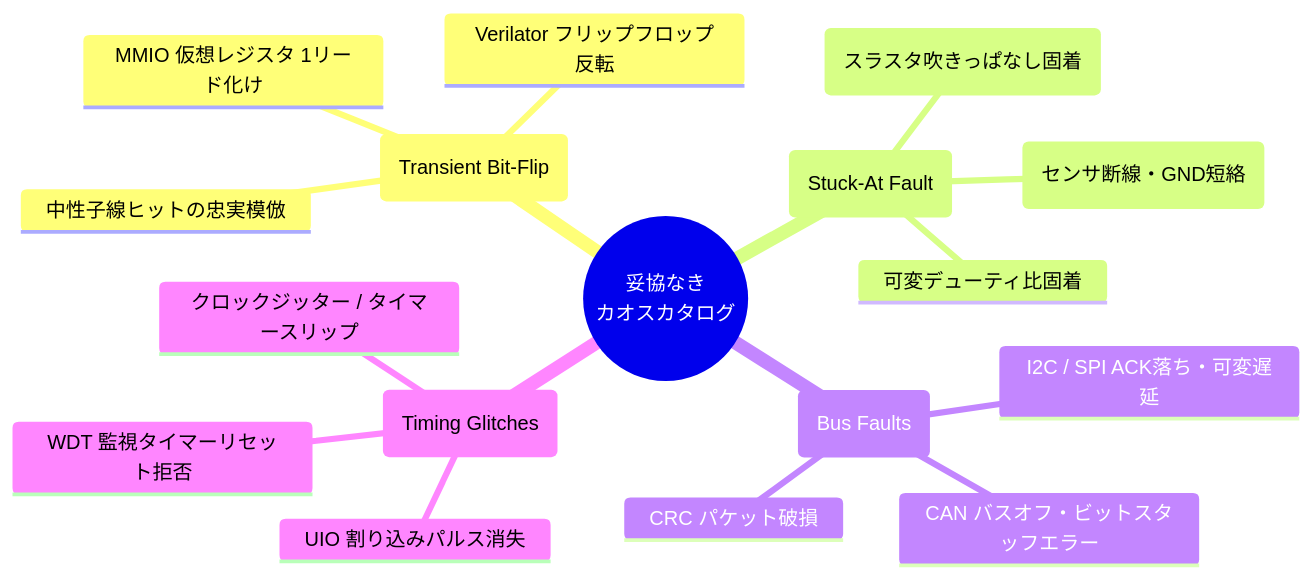
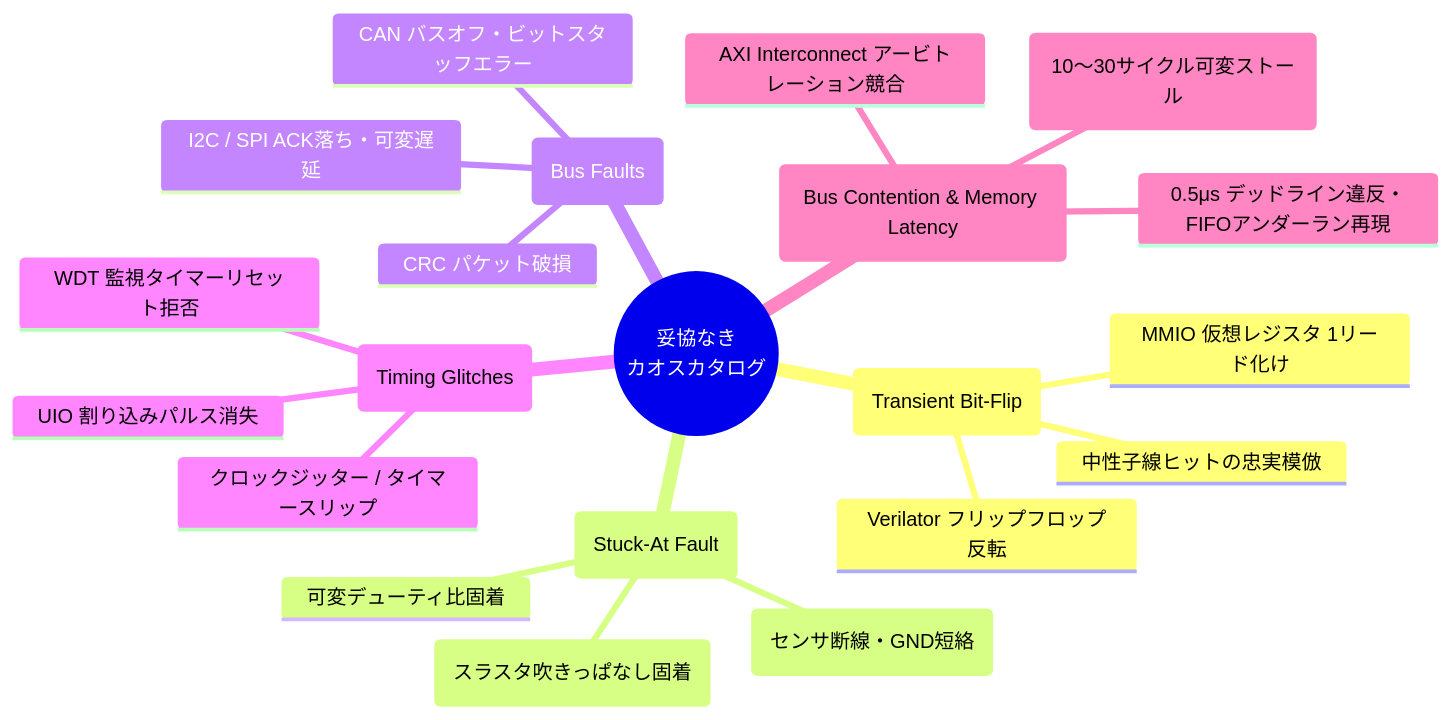
The first of 2 diagrams in docs/architecture/AddInfo_uncompromising_chaos_engine.md (sirosiro/FPGA-BoardlessBench), drawn with Mermaid before and after one commit. The commit also changed other lines of this file and 21 other files, not shown here.

````diff
--- a/docs/architecture/AddInfo_uncompromising_chaos_engine.md
+++ b/docs/architecture/AddInfo_uncompromising_chaos_engine.md
@@ -28,20 +28,24 @@
 ```mermaid
 mindmap
   root((妥協なき<br/>カオスカタログ))
     ① 過渡的 SEU (Transient Bit-Flip)
       MMIO 仮想レジスタ 1リード化け
       Verilator フリップフロップ反転
       中性子線ヒットの忠実模倣
     ② 永続・間欠的 固着 (Stuck-At Fault)
       Stuck-At-1 (スラスタ吹きっぱなし固着)
       Stuck-At-0 (センサ断線・GND短絡)
       可変デューティ比固着
     ③ 通信・バス層カオス (Bus Faults)
       I2C / SPI ACK落ち・可変遅延
       CAN バスオフ・ビットスタッフエラー
       CRC パケット破損
     ④ タイミング・割り込みカオス (Timing Glitches)
       UIO 割り込みパルス消失
       WDT 監視タイマーリセット拒否
       クロックジッター / タイマースリップ
+    ⑤ AXI バス競合・メモリストール (Bus Contention & Memory Latency)
+      AXI Interconnect アービトレーション競合
+      PS側 DRAM アクセス遅延 (10〜30サイクル可変ストール)
+      0.5μs デッドライン違反・FIFOアンダーラン再現
 ```
````
